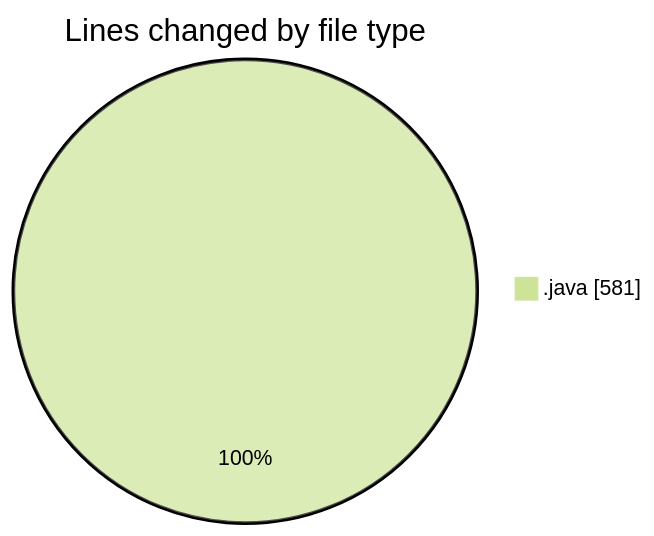
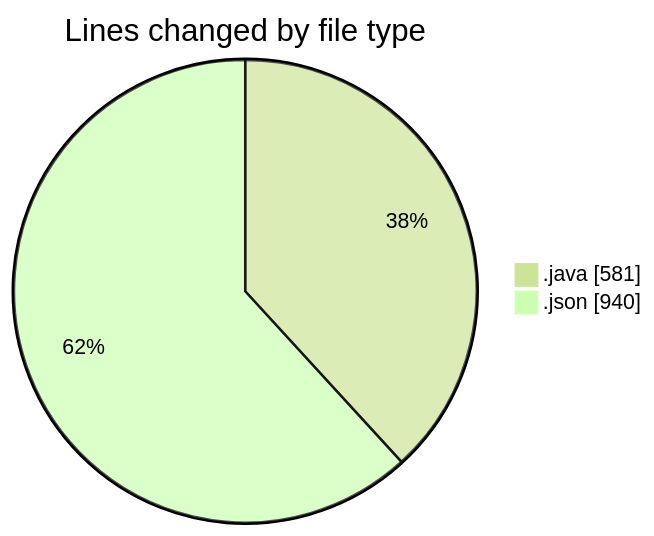
One commit to ricardozamudiocil/code-tracking changed the first of 2 diagrams in 2026-04-28/cilapp/README.md. Above: the diagram before and after it, drawn with Mermaid (forest theme). The commit also changed other lines of this file and 1 other file, not shown here.

````diff
--- a/2026-04-28/cilapp/README.md
+++ b/2026-04-28/cilapp/README.md
@@ -22,5 +23,6 @@
 ```mermaid
 pie showData
 title Lines changed by file type
 ".java" : 581
+".json" : 940
 ```
````
